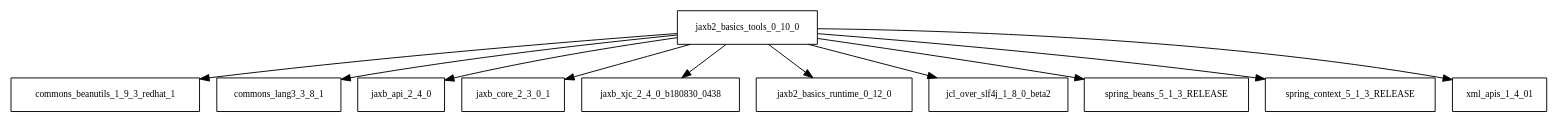
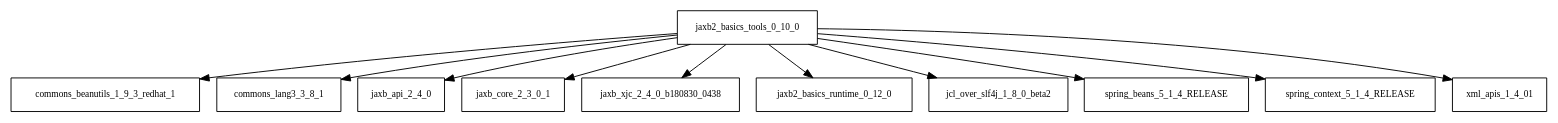
Before and after one commit to Hack23/cia: the diagram in tattleTaleReport/graphviz/jaxb2-basics-tools-0.10.0.jar/jaxb2-basics-tools-0.10.0.jar.dot, drawn with Graphviz. The commit also changed 4761 other files, not shown here.

```diff
--- a/tattleTaleReport/graphviz/jaxb2-basics-tools-0.10.0.jar/jaxb2-basics-tools-0.10.0.jar.dot
+++ b/tattleTaleReport/graphviz/jaxb2-basics-tools-0.10.0.jar/jaxb2-basics-tools-0.10.0.jar.dot
@@ -1,13 +1,13 @@
 digraph jaxb2_basics_tools_0_10_0_dependencies {
   node [shape = box, fontsize=10.0];
   jaxb2_basics_tools_0_10_0 -> commons_beanutils_1_9_3_redhat_1;
   jaxb2_basics_tools_0_10_0 -> commons_lang3_3_8_1;
   jaxb2_basics_tools_0_10_0 -> jaxb_api_2_4_0;
   jaxb2_basics_tools_0_10_0 -> jaxb_core_2_3_0_1;
   jaxb2_basics_tools_0_10_0 -> jaxb_xjc_2_4_0_b180830_0438;
   jaxb2_basics_tools_0_10_0 -> jaxb2_basics_runtime_0_12_0;
   jaxb2_basics_tools_0_10_0 -> jcl_over_slf4j_1_8_0_beta2;
-  jaxb2_basics_tools_0_10_0 -> spring_beans_5_1_3_RELEASE;
-  jaxb2_basics_tools_0_10_0 -> spring_context_5_1_3_RELEASE;
+  jaxb2_basics_tools_0_10_0 -> spring_beans_5_1_4_RELEASE;
+  jaxb2_basics_tools_0_10_0 -> spring_context_5_1_4_RELEASE;
   jaxb2_basics_tools_0_10_0 -> xml_apis_1_4_01;
 }
```
